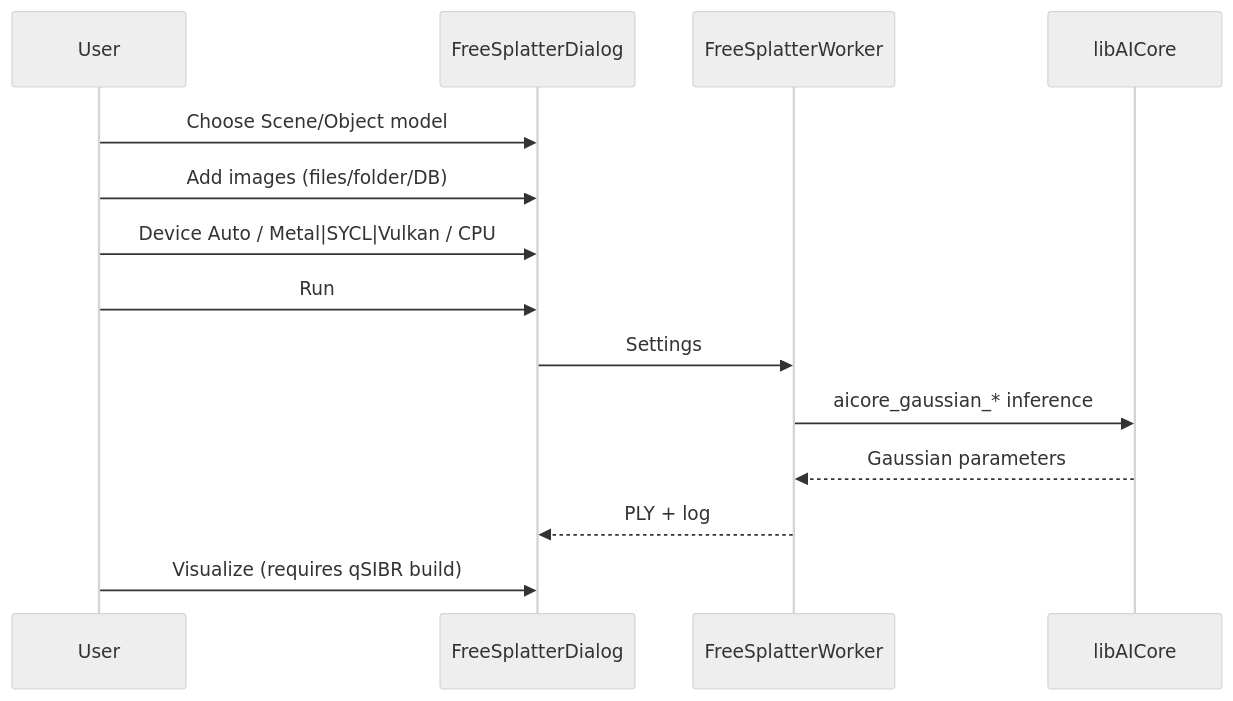
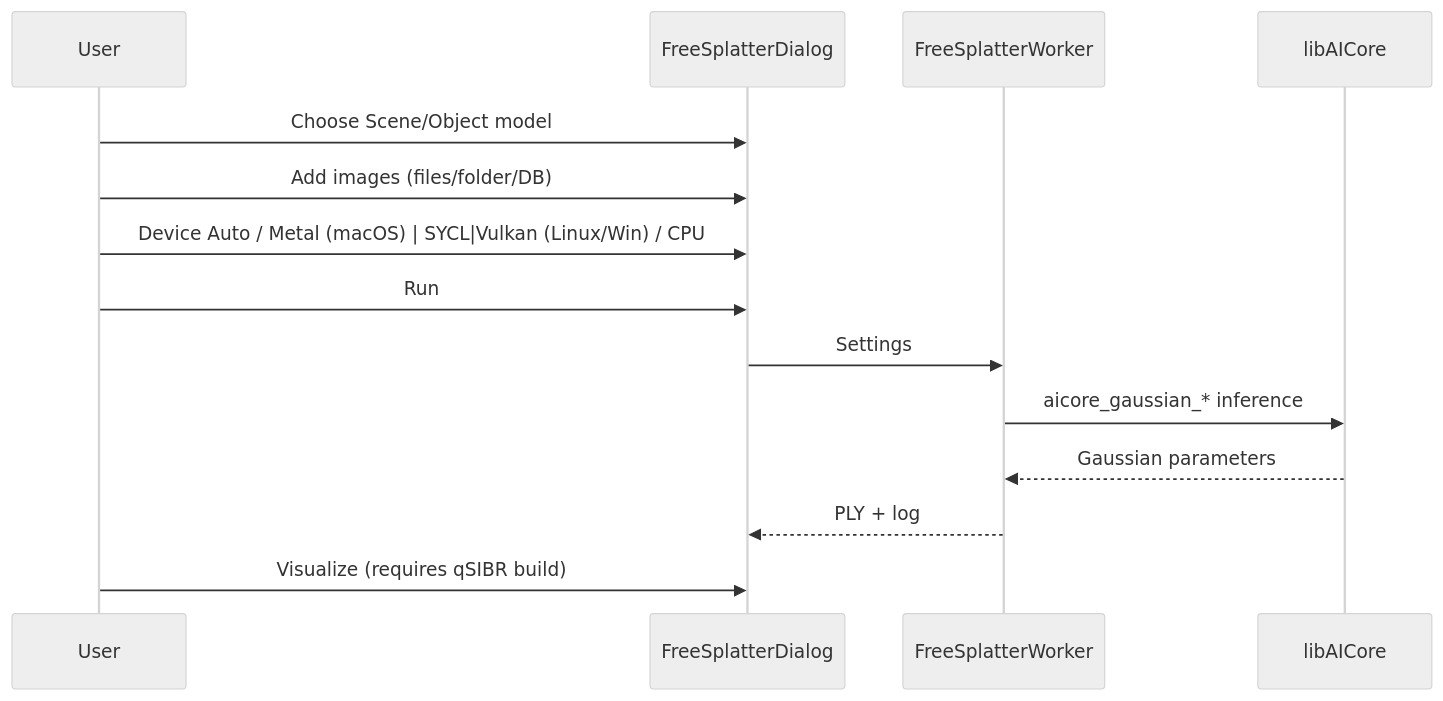
The second of 2 diagrams in plugins/core/Standard/qFreeSplatter/README.md (Asher-1/ACloudViewer), drawn with Mermaid (neutral theme) before and after one commit. The commit also changed other lines of this file and 37 other files, not shown here.

First line of the commit message:
disable macOS Vulkan, fix CI failures across all platforms

````diff
--- a/plugins/core/Standard/qFreeSplatter/README.md
+++ b/plugins/core/Standard/qFreeSplatter/README.md
@@ -33,17 +33,17 @@
 ```mermaid
 sequenceDiagram
     participant U as User
     participant D as FreeSplatterDialog
     participant W as FreeSplatterWorker
     participant A as libAICore
 
     U->>D: Choose Scene/Object model
     U->>D: Add images (files/folder/DB)
-    U->>D: Device Auto / Metal|SYCL|Vulkan / CPU
+    U->>D: Device Auto / Metal (macOS) | SYCL|Vulkan (Linux/Win) / CPU
     U->>D: Run
     D->>W: Settings
     W->>A: aicore_gaussian_* inference
     A-->>W: Gaussian parameters
     W-->>D: PLY + log
     U->>D: Visualize (requires qSIBR build)
 ```
````
